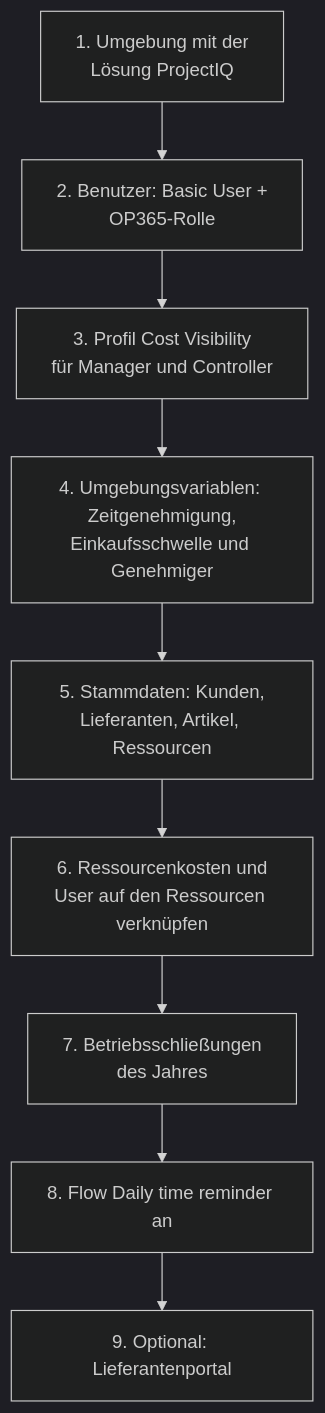
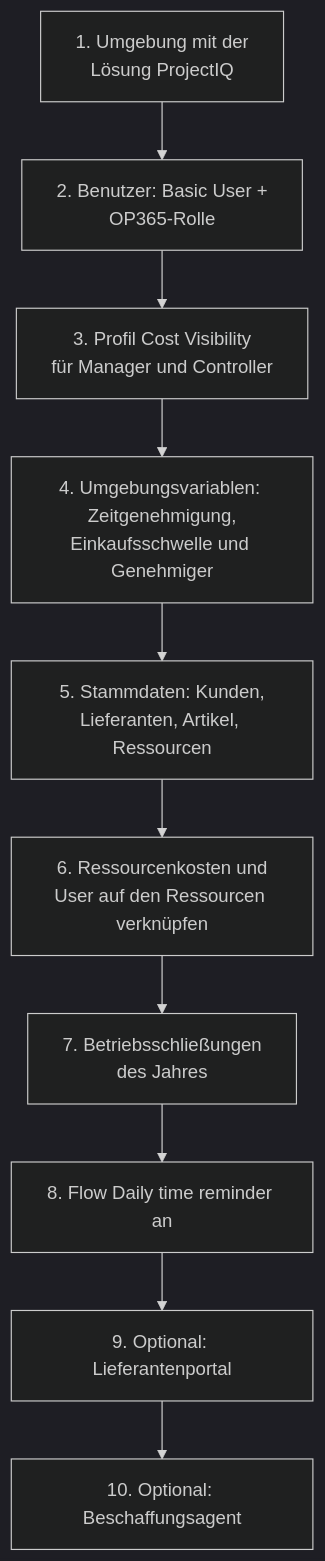
One commit to Power-Builders-Italia/ProjectIQ changed the first of 3 diagrams in docs/de/administration.md. Above: the diagram before and after it, drawn with Mermaid (dark theme). The commit also changed other lines of this file and 43 other files, not shown here.

````diff
--- a/docs/de/administration.md
+++ b/docs/de/administration.md
@@ -12,11 +12,12 @@
 ```mermaid
 flowchart TD
     A[1. Umgebung mit der<br/>Lösung ProjectIQ] --> B[2. Benutzer: Basic User +<br/>OP365-Rolle]
     B --> C[3. Profil Cost Visibility<br/>für Manager und Controller]
     C --> D[4. Umgebungsvariablen: Zeitgenehmigung,<br/>Einkaufsschwelle und Genehmiger]
     D --> E[5. Stammdaten: Kunden,<br/>Lieferanten, Artikel, Ressourcen]
     E --> F[6. Ressourcenkosten und<br/>User auf den Ressourcen verknüpfen]
     F --> G[7. Betriebsschließungen<br/>des Jahres]
     G --> H[8. Flow Daily time reminder an]
     H --> I[9. Optional: Lieferantenportal]
+    I --> J[10. Optional: Beschaffungsagent]
 ```
````
